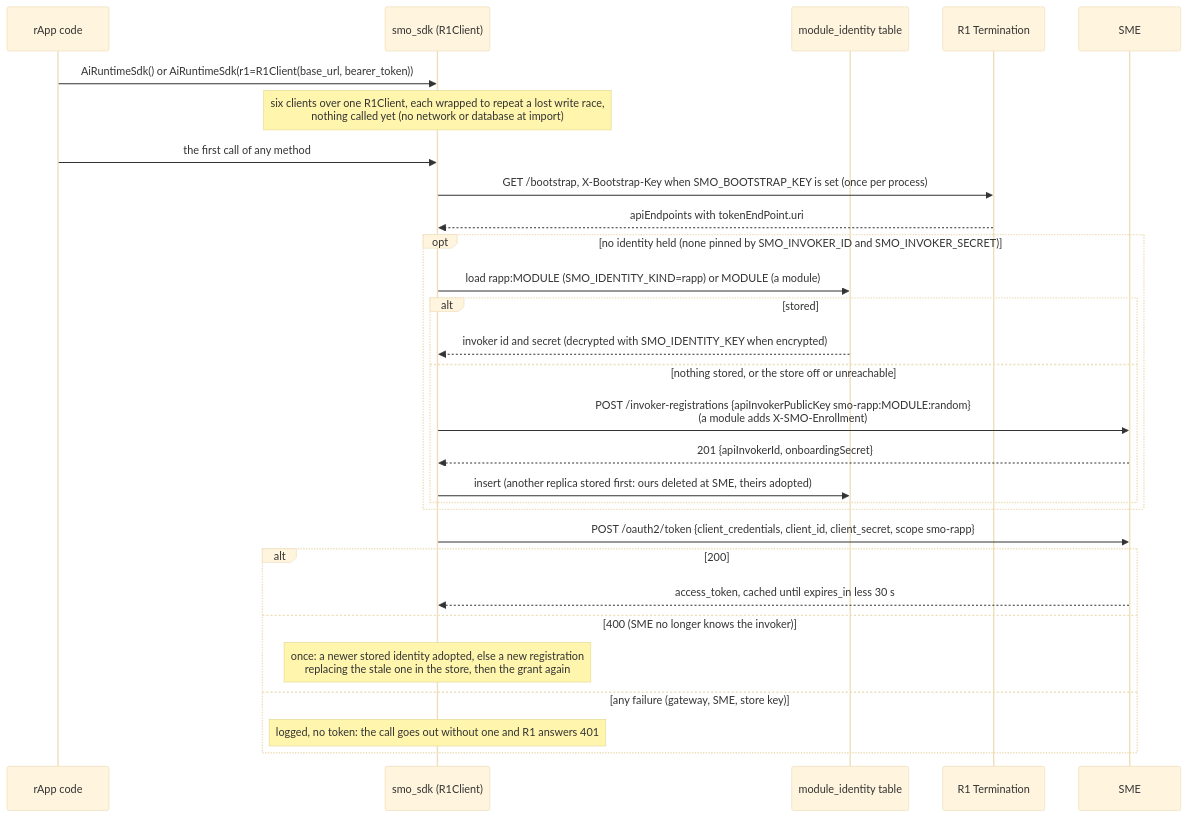
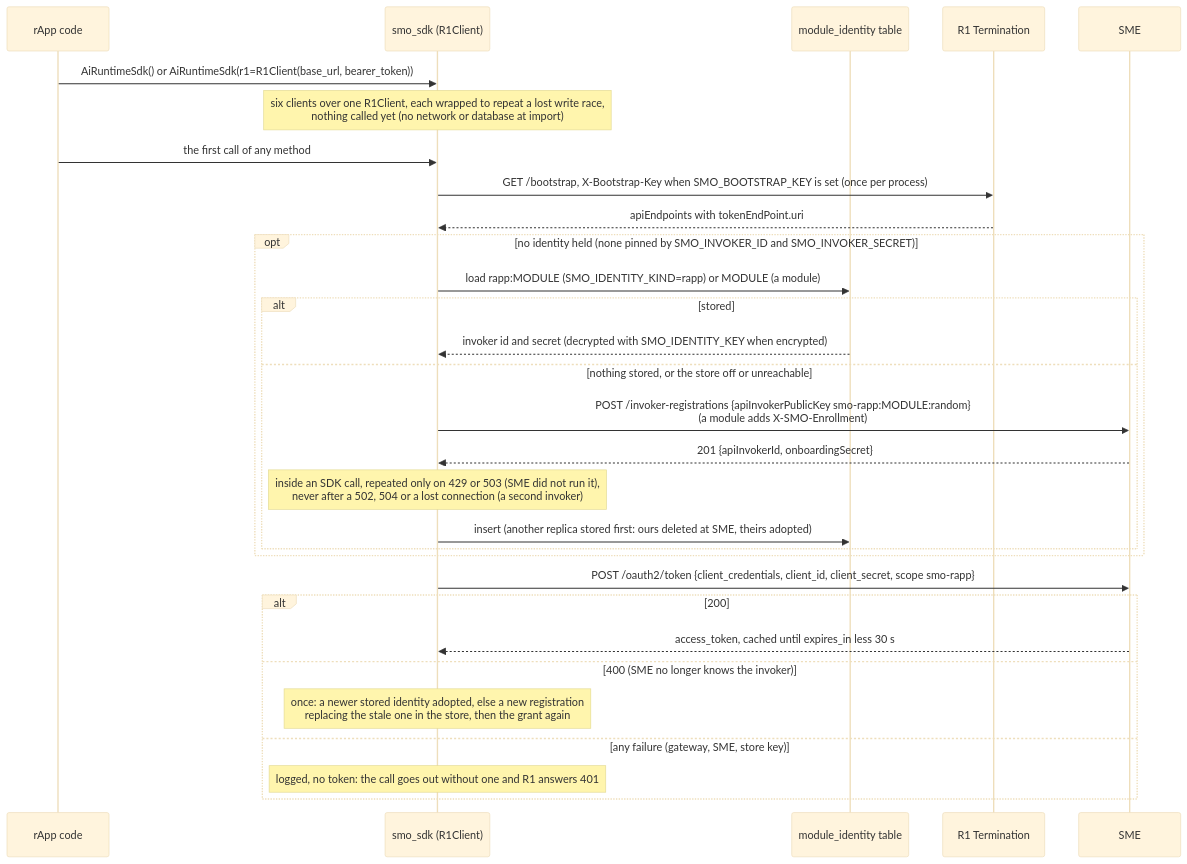
One commit to rsys-bshankar/ai-ran-smo changed the first of 5 diagrams in smo/sdk/docs/lifecycle.md. Above: the diagram before and after it, drawn with Mermaid (base theme). The commit also changed other lines of this file and 17 other files, not shown here.

````diff
--- a/smo/sdk/docs/lifecycle.md
+++ b/smo/sdk/docs/lifecycle.md
@@ -23,32 +23,33 @@
 ```mermaid
 sequenceDiagram
     participant App as rApp code
     participant SDK as smo_sdk (R1Client)
     participant Store as module_identity table
     participant R1 as R1 Termination
     participant SME as SME
 
     App->>SDK: AiRuntimeSdk() or AiRuntimeSdk(r1=R1Client(base_url, bearer_token))
     Note over SDK: six clients over one R1Client, each wrapped to repeat a lost write race,<br/>nothing called yet (no network or database at import)
     App->>SDK: the first call of any method
     SDK->>R1: GET /bootstrap, X-Bootstrap-Key when SMO_BOOTSTRAP_KEY is set (once per process)
     R1-->>SDK: apiEndpoints with tokenEndPoint.uri
     opt no identity held (none pinned by SMO_INVOKER_ID and SMO_INVOKER_SECRET)
         SDK->>Store: load rapp:MODULE (SMO_IDENTITY_KIND=rapp) or MODULE (a module)
         alt stored
             Store-->>SDK: invoker id and secret (decrypted with SMO_IDENTITY_KEY when encrypted)
         else nothing stored, or the store off or unreachable
             SDK->>SME: POST /invoker-registrations {apiInvokerPublicKey smo-rapp:MODULE:random}<br/>(a module adds X-SMO-Enrollment)
             SME-->>SDK: 201 {apiInvokerId, onboardingSecret}
+            Note over SDK: inside an SDK call, repeated only on 429 or 503 (SME did not run it),<br/>never after a 502, 504 or a lost connection (a second invoker)
             SDK->>Store: insert (another replica stored first: ours deleted at SME, theirs adopted)
         end
     end
     SDK->>SME: POST /oauth2/token {client_credentials, client_id, client_secret, scope smo-rapp}
     alt 200
         SME-->>SDK: access_token, cached until expires_in less 30 s
     else 400 (SME no longer knows the invoker)
         Note over SDK: once: a newer stored identity adopted, else a new registration<br/>replacing the stale one in the store, then the grant again
     else any failure (gateway, SME, store key)
         Note over SDK: logged, no token: the call goes out without one and R1 answers 401
     end
 ```
````
